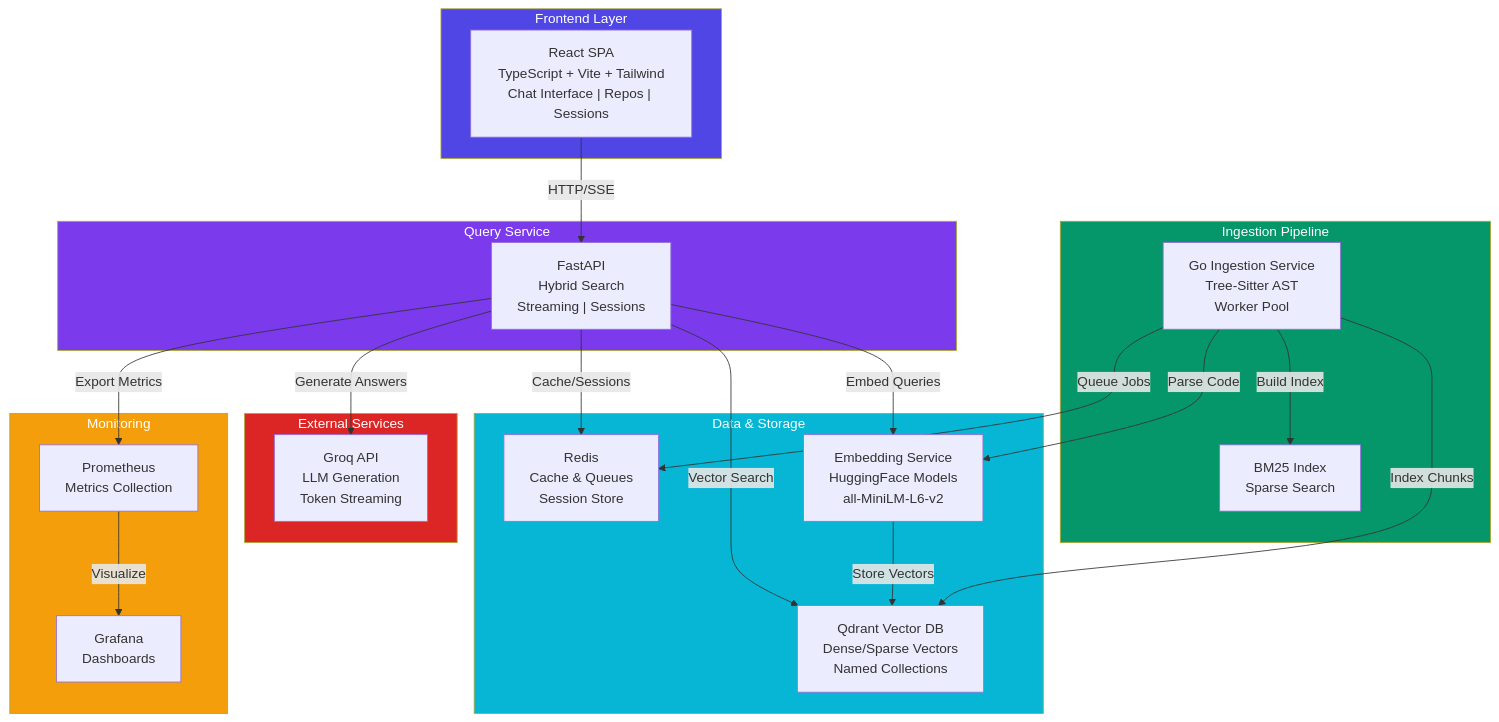
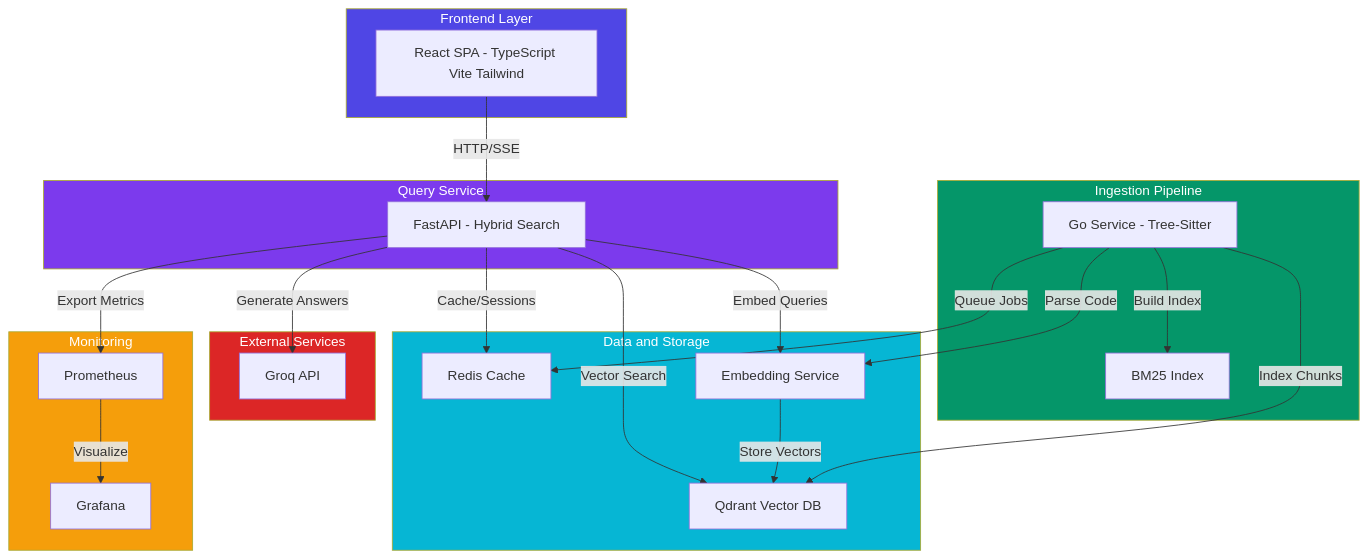
The first of 3 diagrams in readme.md (DevLikhith5/manthan), drawn with Mermaid before and after one commit. The commit also changed other lines of this file and 299 other files, not shown here.

Commit message:
graph rag

````diff
--- a/readme.md
+++ b/readme.md
@@ -34,53 +34,53 @@
 ```mermaid
 graph TB
     subgraph Frontend["Frontend Layer"]
-        UI["React SPA<br/>TypeScript + Vite + Tailwind<br/>Chat Interface | Repos | Sessions"]
+        UI["React SPA - TypeScript Vite Tailwind"]
     end
     
     subgraph API["Query Service"]
-        QueryAPI["FastAPI<br/>Hybrid Search<br/>Streaming | Sessions"]
+        QueryAPI["FastAPI - Hybrid Search"]
     end
     
-    subgraph DataLayers["Data & Storage"]
-        Qdrant["Qdrant Vector DB<br/>Dense/Sparse Vectors<br/>Named Collections"]
-        Redis["Redis<br/>Cache & Queues<br/>Session Store"]
-        Embedding["Embedding Service<br/>HuggingFace Models<br/>all-MiniLM-L6-v2"]
+    subgraph DataLayers["Data and Storage"]
+        Qdrant["Qdrant Vector DB"]
+        Redis["Redis Cache"]
+        Embedding["Embedding Service"]
     end
     
     subgraph Ingestion["Ingestion Pipeline"]
-        GoService["Go Ingestion Service<br/>Tree-Sitter AST<br/>Worker Pool"]
-        BM25["BM25 Index<br/>Sparse Search"]
+        GoService["Go Service - Tree-Sitter"]
+        BM25["BM25 Index"]
     end
     
     subgraph External["External Services"]
-        Groq["Groq API<br/>LLM Generation<br/>Token Streaming"]
+        Groq["Groq API"]
     end
     
     subgraph Observability["Monitoring"]
-        Prometheus["Prometheus<br/>Metrics Collection"]
-        Grafana["Grafana<br/>Dashboards"]
+        Prometheus["Prometheus"]
+        Grafana["Grafana"]
     end
     
     UI -->|HTTP/SSE| QueryAPI
     QueryAPI -->|Vector Search| Qdrant
     QueryAPI -->|Cache/Sessions| Redis
     QueryAPI -->|Embed Queries| Embedding
     QueryAPI -->|Generate Answers| Groq
     QueryAPI -->|Export Metrics| Prometheus
     
     Embedding -->|Store Vectors| Qdrant
     
     GoService -->|Parse Code| Embedding
     GoService -->|Index Chunks| Qdrant
     GoService -->|Build Index| BM25
     GoService -->|Queue Jobs| Redis
     
     Prometheus -->|Visualize| Grafana
     
     style Frontend fill:#4f46e5,color:#fff
     style API fill:#7c3aed,color:#fff
     style DataLayers fill:#06b6d4,color:#fff
     style Ingestion fill:#059669,color:#fff
     style External fill:#dc2626,color:#fff
     style Observability fill:#f59e0b,color:#fff
 ```
````
